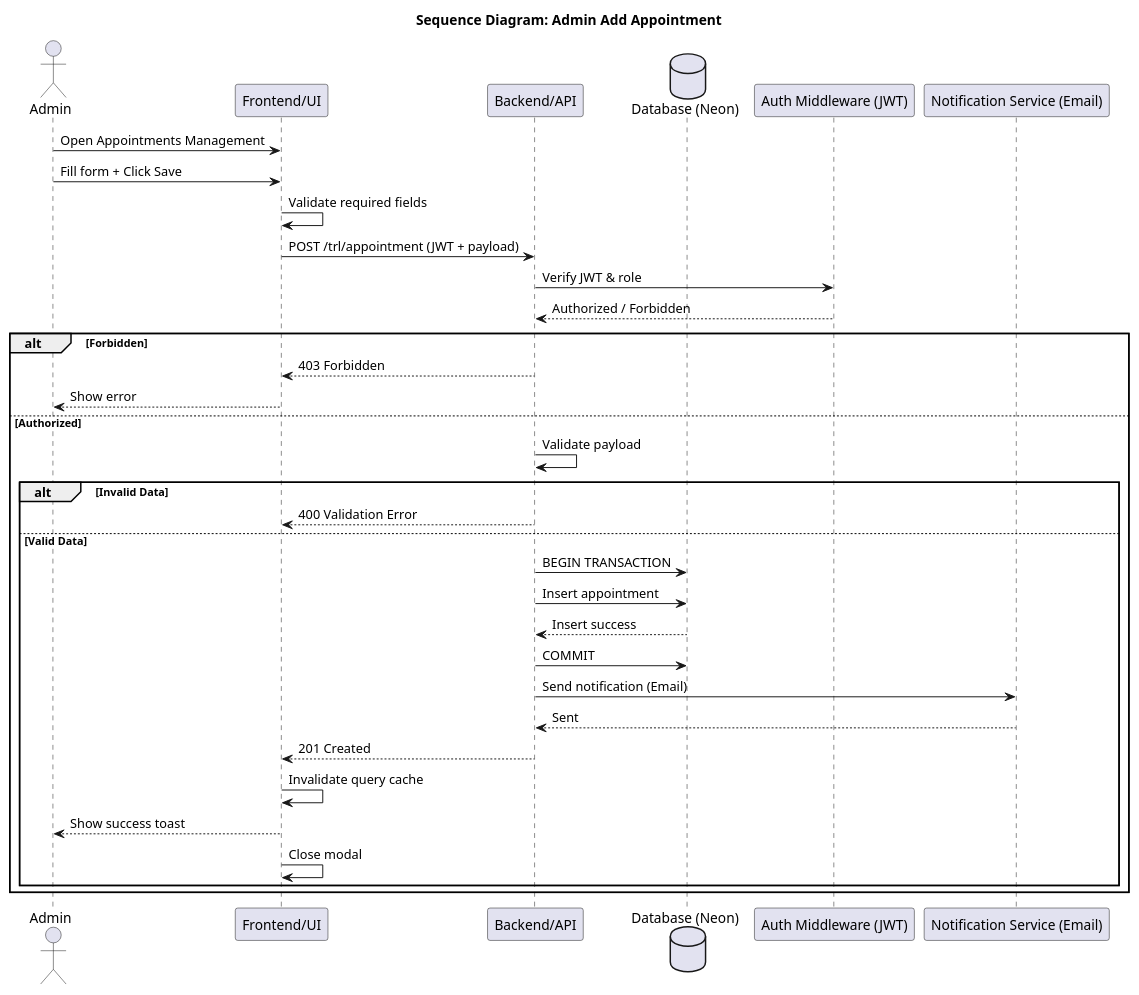
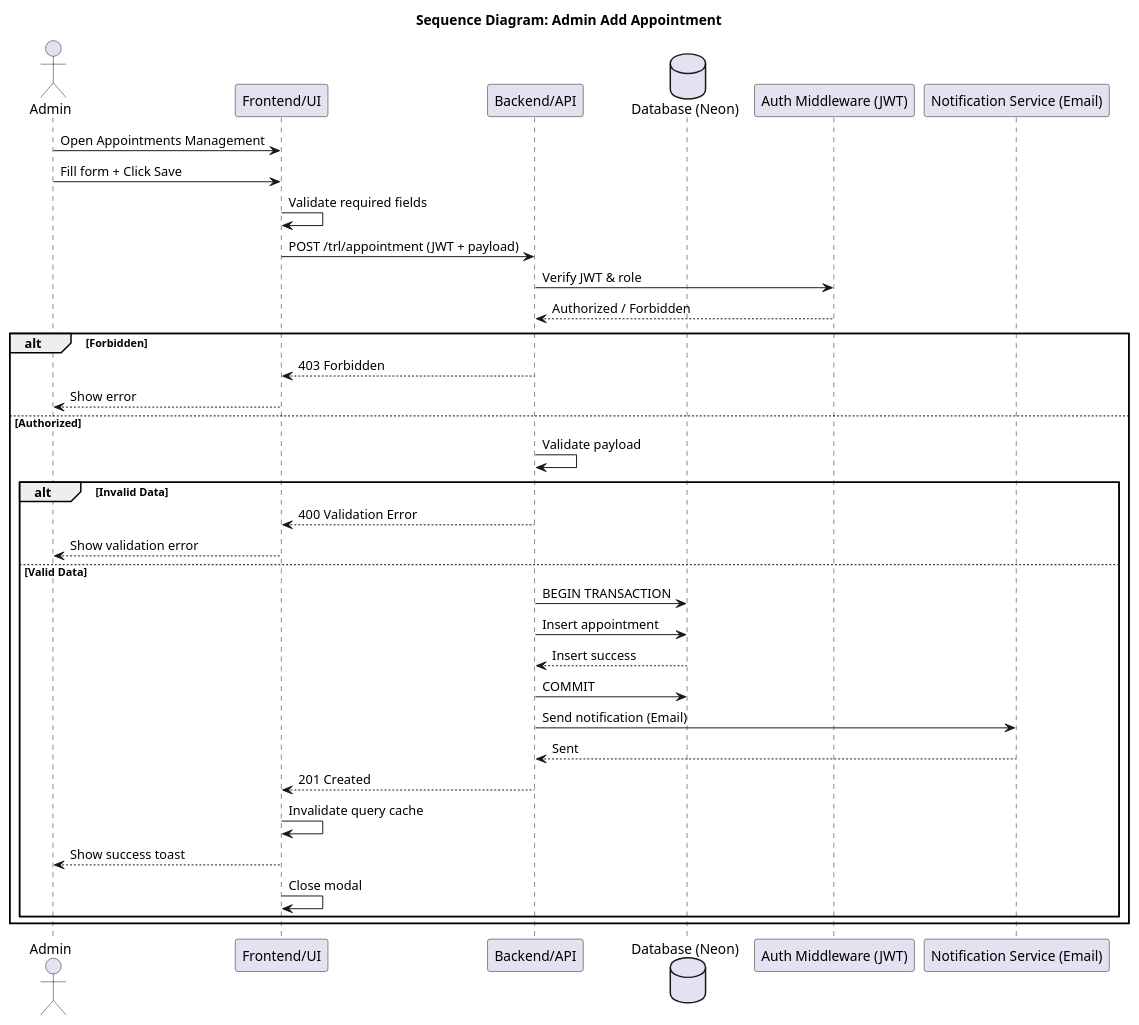
Before and after one commit to punyanuch-h/trl-research-frontend: the diagram in sequence diagram/admin/admin_add_appointments.puml, drawn with PlantUML. The commit also changed 2 other files, not shown here.

```diff
--- a/sequence diagram/admin/admin_add_appointments.puml
+++ b/sequence diagram/admin/admin_add_appointments.puml
@@ -1,41 +1,42 @@
 @startuml
 title Sequence Diagram: Admin Add Appointment
 
 actor Admin
 participant "Frontend/UI" as UI
 participant "Backend/API" as API
 database "Database (Neon)" as DB
 participant "Auth Middleware (JWT)" as AUTH
 participant "Notification Service (Email)" as NOTI
 
 Admin -> UI: Open Appointments Management
 
 Admin -> UI: Fill form + Click Save
 UI -> UI: Validate required fields
 UI -> API: POST /trl/appointment (JWT + payload)
 
 API -> AUTH: Verify JWT & role
 AUTH --> API: Authorized / Forbidden
 
 alt Forbidden
     API --> UI: 403 Forbidden
     UI --> Admin: Show error
 else Authorized
     API -> API: Validate payload
     alt Invalid Data
         API --> UI: 400 Validation Error
+        UI --> Admin: Show validation error
     else Valid Data
         API -> DB: BEGIN TRANSACTION
         API -> DB: Insert appointment
         DB --> API: Insert success
         API -> DB: COMMIT
         API -> NOTI: Send notification (Email)
         NOTI --> API: Sent
         API --> UI: 201 Created
         UI -> UI: Invalidate query cache
         UI --> Admin: Show success toast
         UI -> UI: Close modal
     end
 end
 
 @enduml
```
